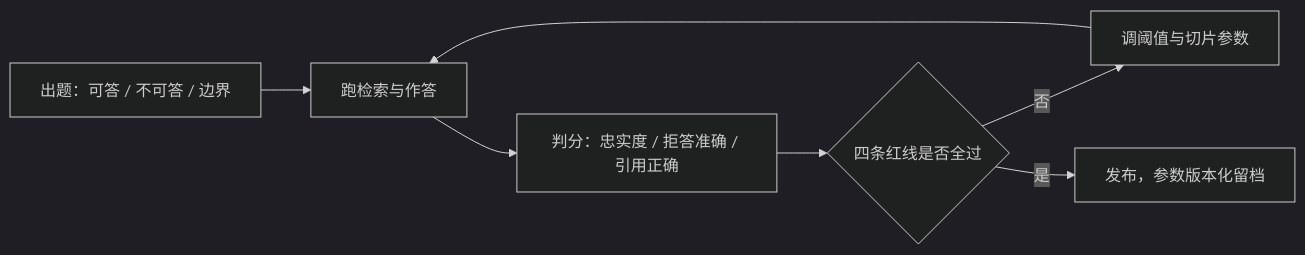
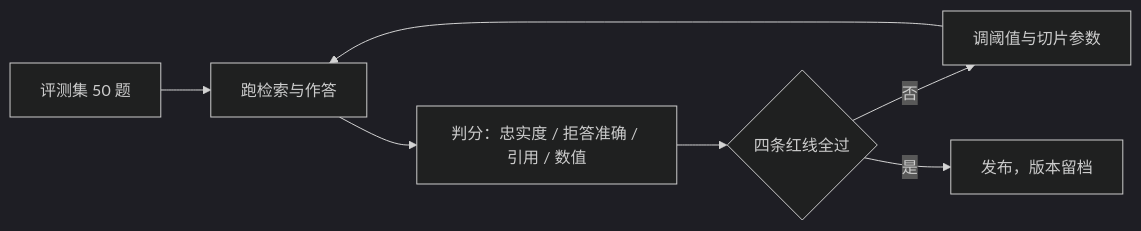
Diagram 15 of 15 in 详细设计.md (kvchen95/ai-rag), drawn with Mermaid (dark theme) before and after one commit. The commit also changed other lines of this file, not shown here.

Commit message:
docs: 重写详细设计文档，按架构图集与概要设计细化

````diff
--- a/详细设计.md
+++ b/详细设计.md
@@ -580,9 +855,9 @@
 ```mermaid
 flowchart LR
-    Q["出题：可答 / 不可答 / 边界"] --> RUN["跑检索与作答"]
-    RUN --> SCORE["判分：忠实度 / 拒答准确 / 引用正确"]
-    SCORE --> GATE{"四条红线是否全过"}
-    GATE -- 否 --> TUNE["调阈值与切片参数"]
-    TUNE --> RUN
-    GATE -- 是 --> LIVE["发布，参数版本化留档"]
+    Q["评测集 50 题"] --> RUN["跑检索与作答"]
+    RUN --> S["判分：忠实度 / 拒答准确 / 引用 / 数值"]
+    S --> G{"四条红线全过"}
+    G -- 否 --> T["调阈值与切片参数"]
+    T --> RUN
+    G -- 是 --> L["发布，版本留档"]
 ```
````
